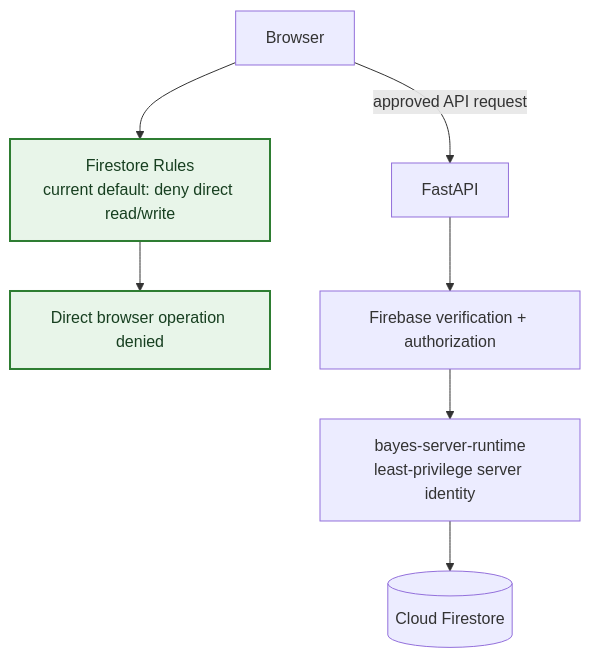
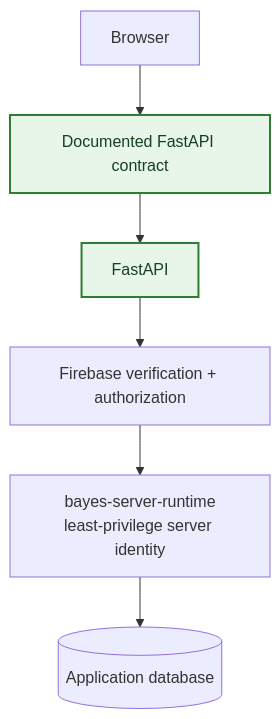
One commit to bayes-institute/bayes-learning-platform changed the fifth of 6 diagrams in planning/docs/02_bayes-public-abuse-and-cost-hardening.md. Above: the diagram before and after it, drawn with Mermaid. The commit also changed other lines of this file and 12 other files, not shown here.

````diff
--- a/planning/docs/02_bayes-public-abuse-and-cost-hardening.md
+++ b/planning/docs/02_bayes-public-abuse-and-cost-hardening.md
@@ -228,16 +228,14 @@
 ```mermaid
 flowchart TD
     BROWSER[Browser]
-    RULES[Firestore Rules<br/>current default: deny direct read/write]
-    DENY[Direct browser operation denied]
+    CONTRACT[Documented FastAPI contract]
     API[FastAPI]
     TOKEN[Firebase verification + authorization]
     RUNTIME[bayes-server-runtime<br/>least-privilege server identity]
-    DB[(Cloud Firestore)]
+    DB[(Application database)]
 
-    BROWSER --> RULES --> DENY
-    BROWSER -->|approved API request| API --> TOKEN --> RUNTIME --> DB
+    BROWSER --> CONTRACT --> API --> TOKEN --> RUNTIME --> DB
 
     classDef added fill:#e8f5e9,stroke:#2e7d32,stroke-width:2px,color:#173f20
-    class RULES,DENY added
+    class CONTRACT,API added
 ```
````
